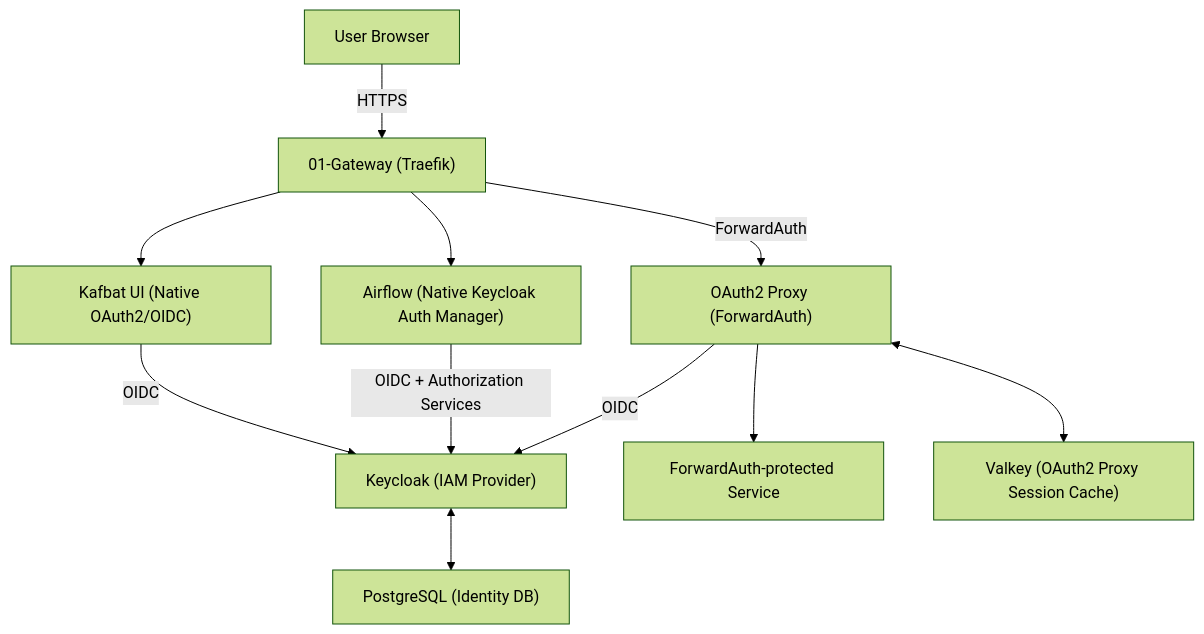
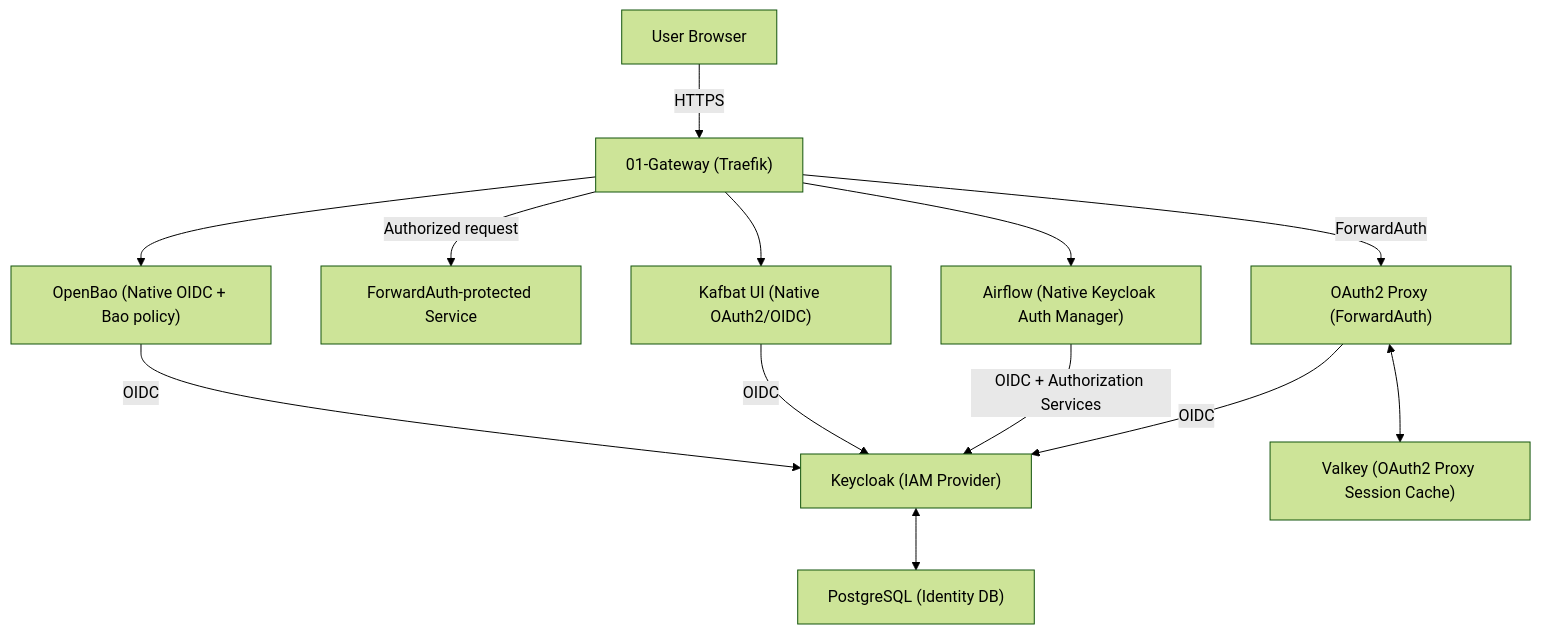
Before and after one commit to buenhyden/hy-home.docker: the diagram in docs/02.architecture/descriptions/0002-auth-architecture.md, drawn with Mermaid (forest theme). The commit also changed other lines of this file and 8 other files, not shown here.

Commit message:
docs(auth): Explain Keycloak OIDC and proxy session boundaries

````diff
--- a/docs/02.architecture/descriptions/0002-auth-architecture.md
+++ b/docs/02.architecture/descriptions/0002-auth-architecture.md
@@ -50,27 +50,31 @@
 ```mermaid
 graph TD
     Client["User Browser"]
     Gateway["01-Gateway (Traefik)"]
     OAuth2Proxy["OAuth2 Proxy (ForwardAuth)"]
     Keycloak["Keycloak (IAM Provider)"]
     ForwardApp["ForwardAuth-protected Service"]
     Airflow["Airflow (Native Keycloak Auth Manager)"]
     Kafbat["Kafbat UI (Native OAuth2/OIDC)"]
+    OpenBao["OpenBao (Native OIDC + Bao policy)"]
     PostgreSQL["PostgreSQL (Identity DB)"]
     Valkey["Valkey (OAuth2 Proxy Session Cache)"]
 
     Client -->|HTTPS| Gateway
 
     Gateway -->|ForwardAuth| OAuth2Proxy
     OAuth2Proxy -->|OIDC| Keycloak
-    OAuth2Proxy --> ForwardApp
+    Gateway -->|Authorized request| ForwardApp
     OAuth2Proxy <--> Valkey
 
     Gateway --> Airflow
     Airflow -->|OIDC + Authorization Services| Keycloak
 
     Gateway --> Kafbat
     Kafbat -->|OIDC| Keycloak
 
+    Gateway --> OpenBao
+    OpenBao -->|OIDC| Keycloak
+
     Keycloak <--> PostgreSQL
 ```
````
